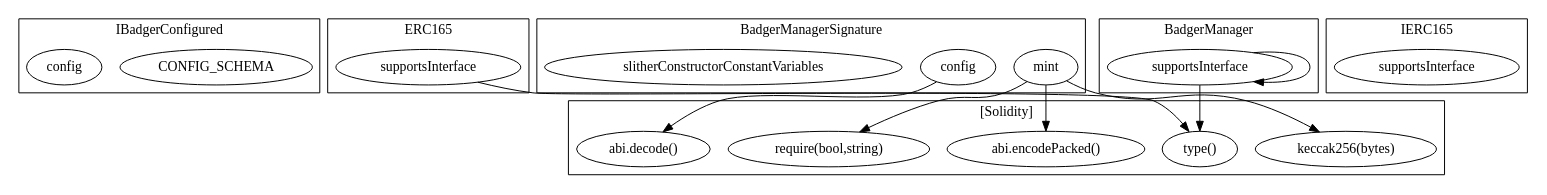
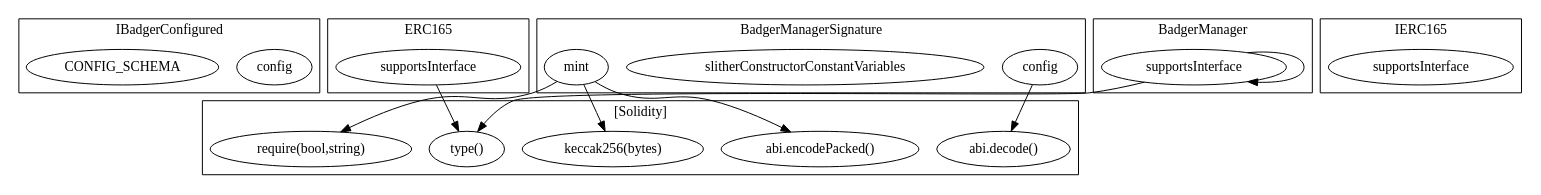
The diagram in contracts/build/...BadgerManagerSignature.call-graph.dot (FlipsideCrypto/badger), drawn with Graphviz before and after one commit. The commit also changed other lines of this file and 21 other files, not shown here.

```diff
--- a/contracts/build/...BadgerManagerSignature.call-graph.dot
+++ b/contracts/build/...BadgerManagerSignature.call-graph.dot
@@ -1,35 +1,35 @@
 strict digraph {
 subgraph cluster_6468_IBadgerConfigured {
 label = "IBadgerConfigured"
+"6468_config" [label="config"]
 "6468_CONFIG_SCHEMA" [label="CONFIG_SCHEMA"]
-"6468_config" [label="config"]
 }subgraph cluster_3081_ERC165 {
 label = "ERC165"
 "3081_supportsInterface" [label="supportsInterface"]
 }subgraph cluster_7091_BadgerManagerSignature {
 label = "BadgerManagerSignature"
-"7091_mint" [label="mint"]
 "7091_config" [label="config"]
 "7091_slitherConstructorConstantVariables" [label="slitherConstructorConstantVariables"]
+"7091_mint" [label="mint"]
 }subgraph cluster_3093_IERC165 {
 label = "IERC165"
 "3093_supportsInterface" [label="supportsInterface"]
 }subgraph cluster_6840_BadgerManager {
 label = "BadgerManager"
 "6840_supportsInterface" [label="supportsInterface"]
 "6840_supportsInterface" -> "6840_supportsInterface"
 }subgraph cluster_solidity {
 label = "[Solidity]"
+"require(bool,string)" 
+"abi.decode()" 
 "type()" 
 "abi.encodePacked()" 
-"abi.decode()" 
-"require(bool,string)" 
 "keccak256(bytes)" 
 "7091_config" -> "abi.decode()"
+"6840_supportsInterface" -> "type()"
+"7091_mint" -> "require(bool,string)"
+"3081_supportsInterface" -> "type()"
 "7091_mint" -> "abi.encodePacked()"
 "7091_mint" -> "keccak256(bytes)"
-"6840_supportsInterface" -> "type()"
-"3081_supportsInterface" -> "type()"
-"7091_mint" -> "require(bool,string)"
 }
 }
```
